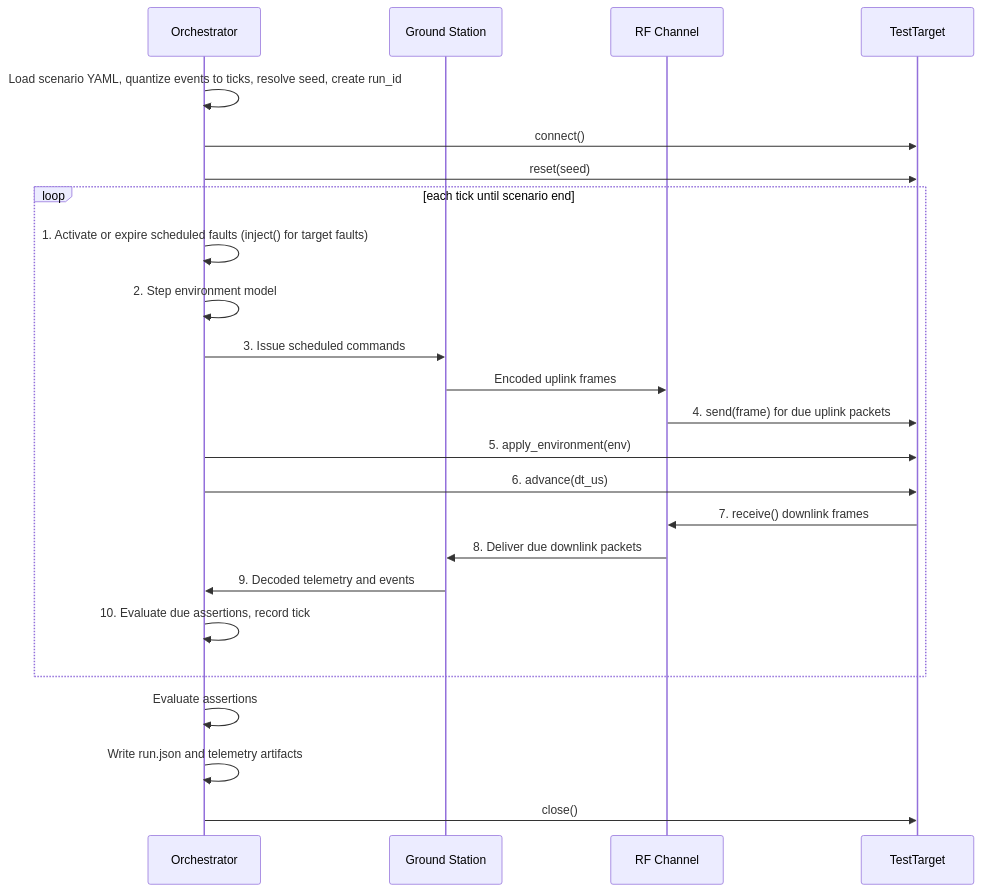
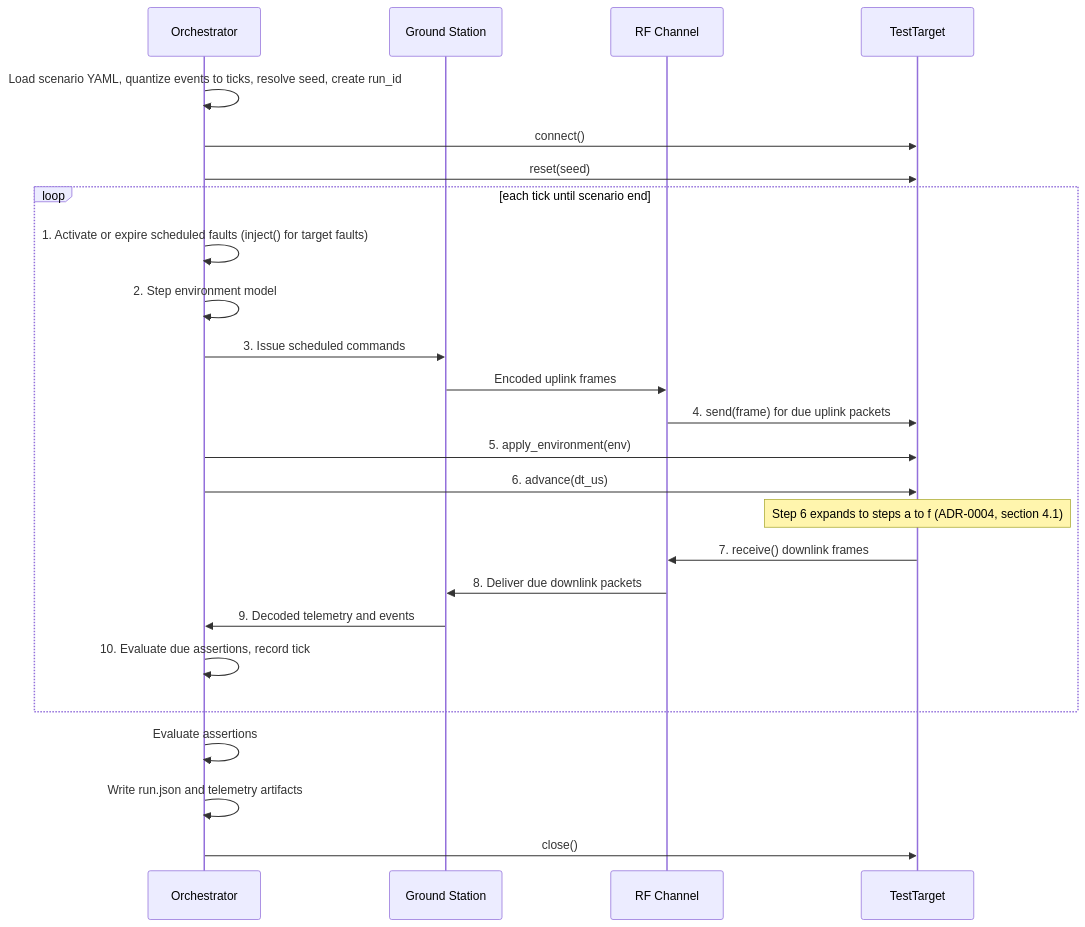
Before and after one commit to solaranoir/pocketsat-testlab: the third of 3 diagrams in docs/architecture.md, drawn with Mermaid. The commit also changed other lines of this file and 6 other files, not shown here.

````diff
--- a/docs/architecture.md
+++ b/docs/architecture.md
@@ -161,27 +193,28 @@
 ```mermaid
 sequenceDiagram
     participant O as Orchestrator
     participant G as Ground Station
     participant R as RF Channel
     participant T as TestTarget
 
     O->>O: Load scenario YAML, quantize events to ticks, resolve seed, create run_id
     O->>T: connect()
     O->>T: reset(seed)
     loop each tick until scenario end
         O->>O: 1. Activate or expire scheduled faults (inject() for target faults)
         O->>O: 2. Step environment model
         O->>G: 3. Issue scheduled commands
         G->>R: Encoded uplink frames
         R->>T: 4. send(frame) for due uplink packets
         O->>T: 5. apply_environment(env)
         O->>T: 6. advance(dt_us)
+        Note over T: Step 6 expands to steps a to f (ADR-0004, section 4.1)
         T->>R: 7. receive() downlink frames
         R->>G: 8. Deliver due downlink packets
         G->>O: 9. Decoded telemetry and events
         O->>O: 10. Evaluate due assertions, record tick
     end
     O->>O: Evaluate assertions
     O->>O: Write run.json and telemetry artifacts
     O->>T: close()
 ```
````
